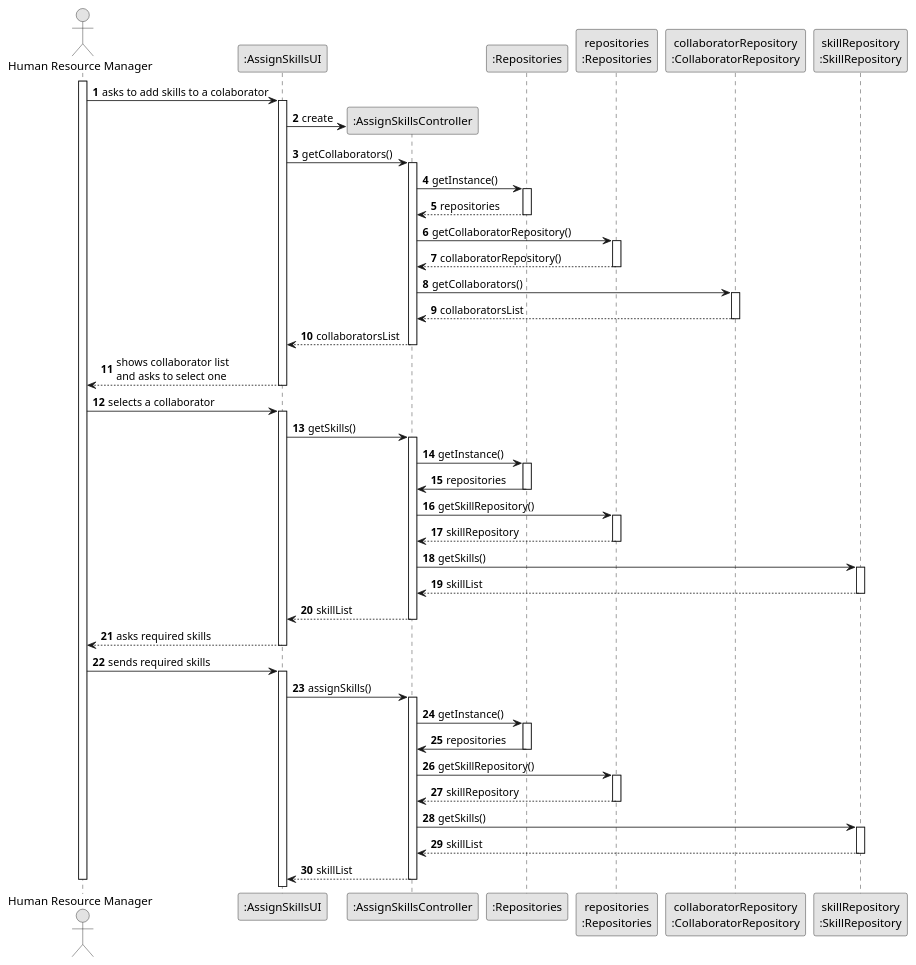
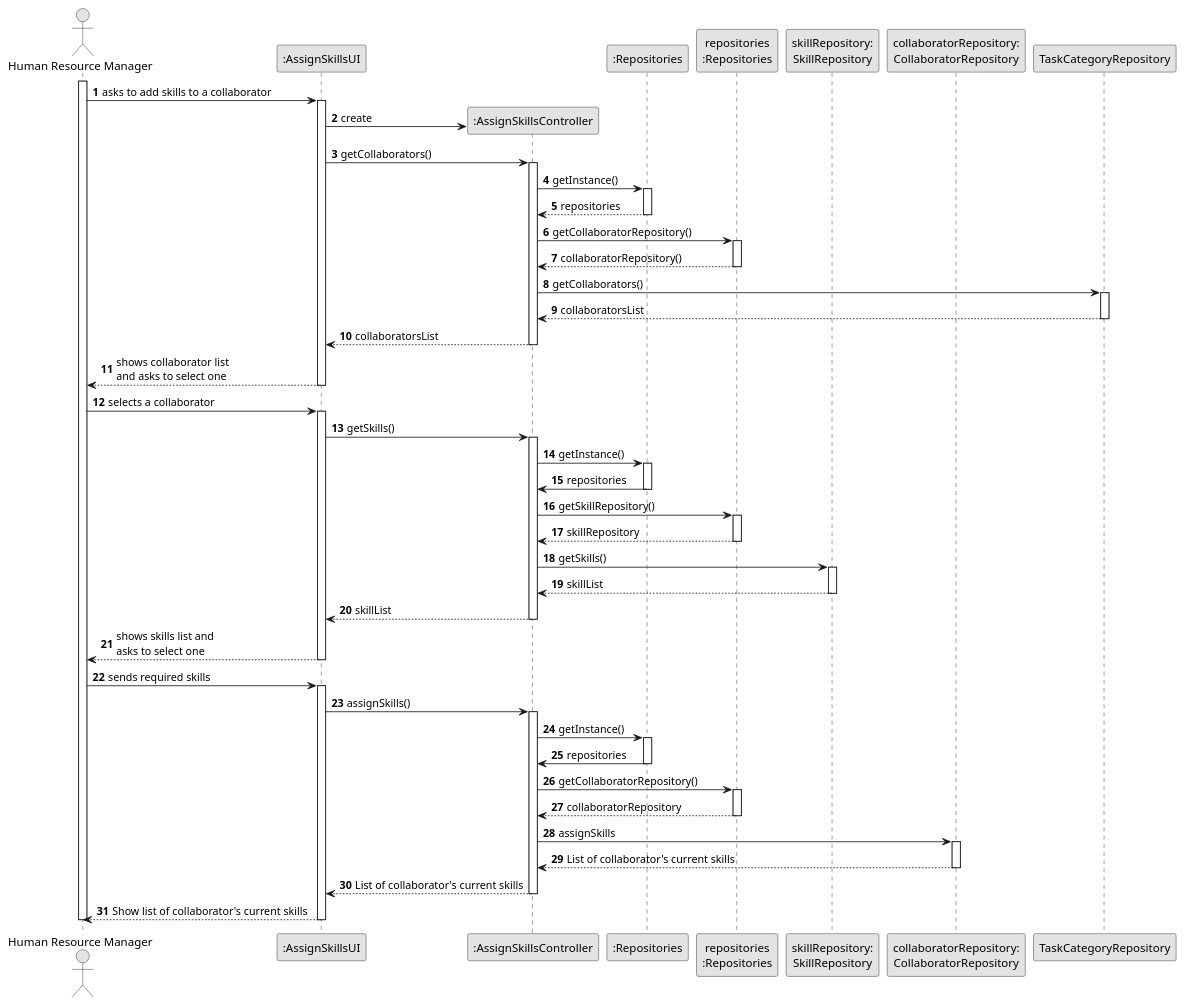
One commit to Departamento-de-Engenharia-Informatica/lei-24-s2-1do-g164 changed the diagram in docs/sprintB/us004/03.design/puml/us006-sequence-diagram-full.puml. Above: the diagram before and after it, drawn with PlantUML.

Commit message:
US04(docs):conclusion of sequence diagram

```diff
--- a/docs/sprintB/us004/03.design/puml/us006-sequence-diagram-full.puml
+++ b/docs/sprintB/us004/03.design/puml/us006-sequence-diagram-full.puml
@@ -1,105 +1,107 @@
 @startuml
 skinparam monochrome true
 skinparam packageStyle rectangle
     skinparam shadowing false
 
     autonumber
 
     'hide footbox
     actor "Human Resource Manager" as HRM
     participant ":AssignSkillsUI" as UI
     participant ":AssignSkillsController" as CTRL
     participant ":Repositories" as RepositorySingleton
     participant "repositories\n:Repositories" as PLAT
-    participant "collaboratorRepository\n:CollaboratorRepository" as TaskCategoryRepository
-    participant "skillRepository\n:SkillRepository" as SkillRepository
+    participant "skillRepository:\nSkillRepository" as SkillRepository
+    participant "collaboratorRepository:\nCollaboratorRepository" as collaboratorRepository
     activate HRM
 
-            HRM -> UI : asks to add skills to a colaborator
+            HRM -> UI : asks to add skills to a collaborator
 
             activate UI
 
     '            UI --> ADM : requests data (reference, description,  informal \n description, technical description, duration, cost)
                 'create CTRL
                 UI -> CTRL** : create
 
                 UI -> CTRL : getCollaborators()
                 activate CTRL
 
                     CTRL -> RepositorySingleton : getInstance()
                     activate RepositorySingleton
 
                         RepositorySingleton --> CTRL: repositories
                     deactivate RepositorySingleton
 
                     CTRL -> PLAT : getCollaboratorRepository()
                     activate PLAT
 
                         PLAT --> CTRL: collaboratorRepository()
                     deactivate PLAT
 
                     CTRL -> TaskCategoryRepository : getCollaborators()
                     activate TaskCategoryRepository
 
                         TaskCategoryRepository --> CTRL : collaboratorsList
                     deactivate TaskCategoryRepository
 
                     CTRL --> UI : collaboratorsList
                 deactivate CTRL
 
                 UI --> HRM : shows collaborator list\nand asks to select one
             deactivate UI
 
         HRM -> UI : selects a collaborator
         activate UI
 
            UI -> CTRL : getSkills()
                activate CTRL
                  CTRL -> RepositorySingleton : getInstance()
                  activate RepositorySingleton
                    RepositorySingleton -> CTRL : repositories
                  deactivate RepositorySingleton
 
                  CTRL -> PLAT : getSkillRepository()
                  activate PLAT
                    PLAT --> CTRL : skillRepository
                  deactivate PLAT
 
                  CTRL -> SkillRepository : getSkills()
                  activate SkillRepository
                    SkillRepository --> CTRL : skillList
                  deactivate SkillRepository
                  CTRL --> UI : skillList
                deactivate CTRL
 
-               UI --> HRM : asks required skills
-             deactivate UI
+              UI --> HRM : shows skills list and \nasks to select one
+                          deactivate UI
 
              HRM -> UI : sends required skills
              activate UI
                UI -> CTRL :assignSkills()
                         activate CTRL
                CTRL -> RepositorySingleton : getInstance()
                                          activate RepositorySingleton
                                            RepositorySingleton -> CTRL : repositories
                                          deactivate RepositorySingleton
 
-                                         CTRL -> PLAT : getSkillRepository()
+                                         CTRL -> PLAT : getCollaboratorRepository()
                                          activate PLAT
-                                           PLAT --> CTRL : skillRepository
+                                           PLAT --> CTRL : collaboratorRepository
                                          deactivate PLAT
 
-                                         CTRL -> SkillRepository : getSkills()
-                                         activate SkillRepository
-                                           SkillRepository --> CTRL : skillList
-                                         deactivate SkillRepository
-                                         CTRL --> UI : skillList
+                                         CTRL -> collaboratorRepository : assignSkills
+                                       activate collaboratorRepository
+                                           collaboratorRepository --> CTRL : List of collaborator's current skills
+                                   deactivate collaboratorRepository
+                                         CTRL --> UI : List of collaborator's current skills
                                        deactivate CTRL
+                                       UI --> HRM :Show list of collaborator's current skills
+                                                    deactivate UI
 
 
 
 
 
     deactivate HRM
 
 @enduml
```
